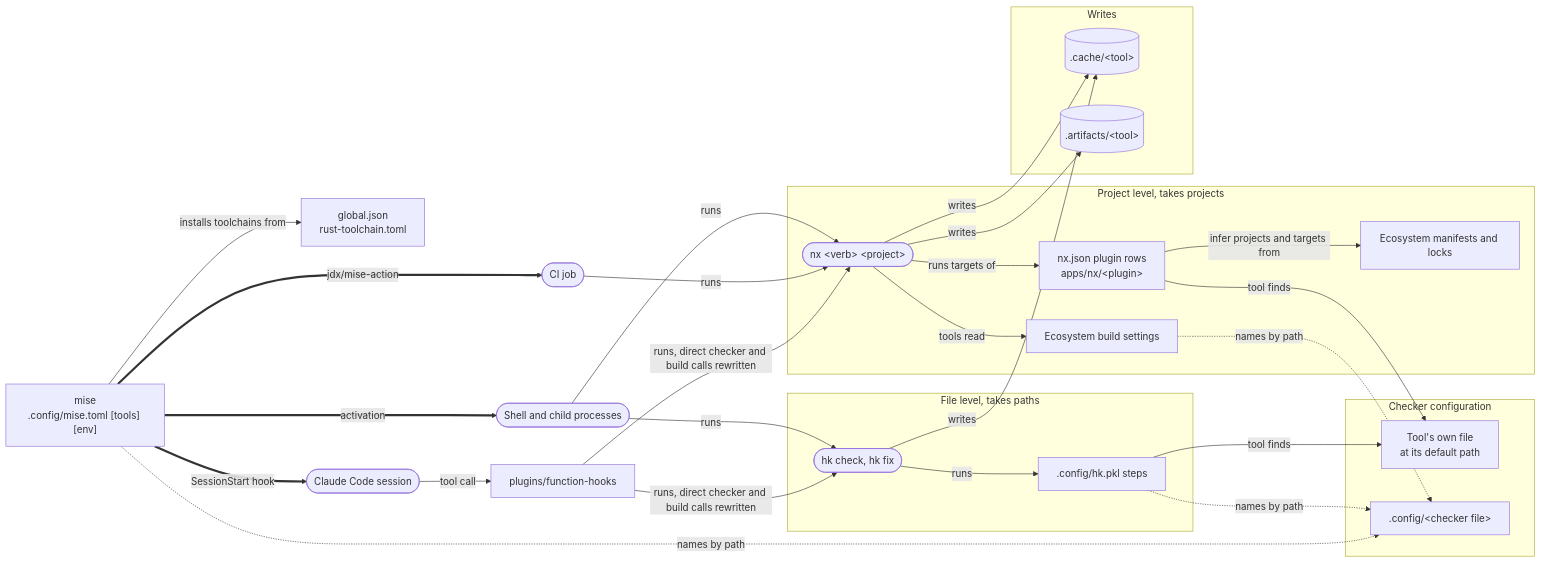
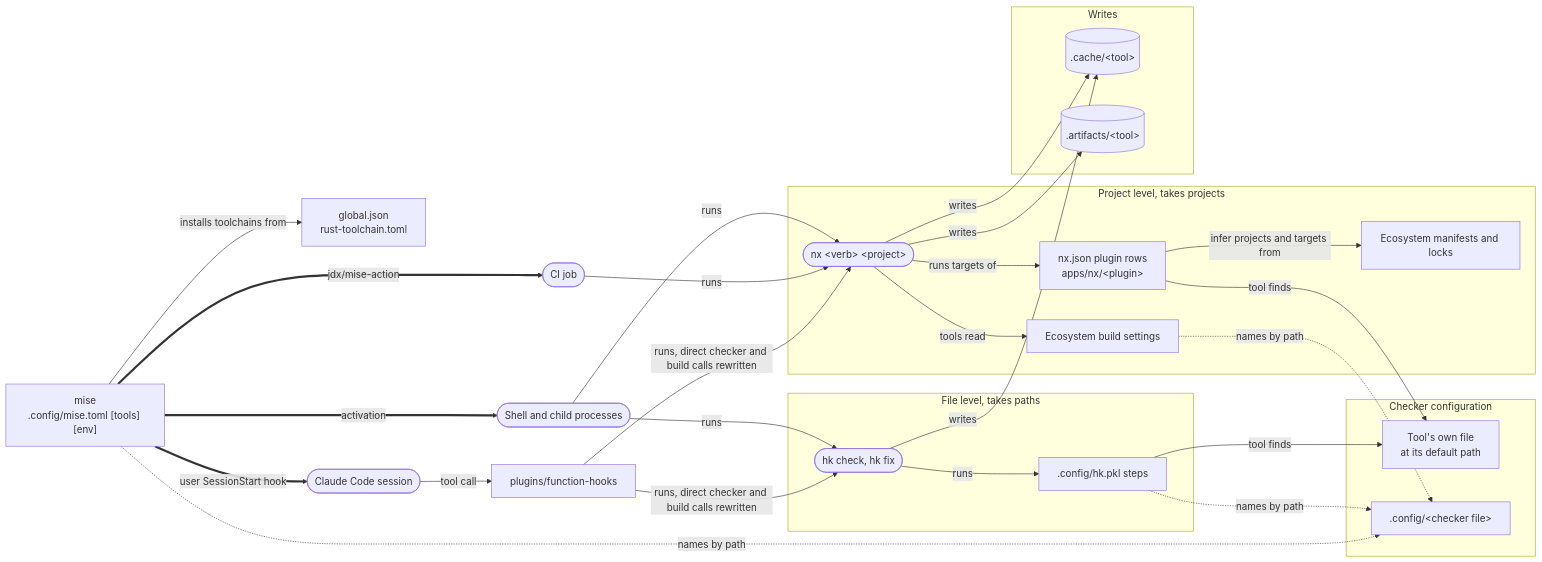
The diagram in README.md (bsamiee/Rasm), drawn with Mermaid before and after one commit. The commit also changed other lines of this file and 133 other files, not shown here.

````diff
--- a/README.md
+++ b/README.md
@@ -67,48 +65,48 @@
 ```mermaid
 flowchart LR
     versions["global.json<br/>rust-toolchain.toml"]
     mise["mise<br/>.config/mise.toml [tools] [env]"]
     shell(["Shell and child processes"])
     claude(["Claude Code session"])
     ci(["CI job"])
     hooks["plugins/function-hooks"]
 
     subgraph file["File level, takes paths"]
         hk(["hk check, hk fix"])
         steps[".config/hk.pkl steps"]
     end
 
     subgraph project["Project level, takes projects"]
         nx(["nx #lt;verb#gt; #lt;project#gt;"])
         plugins["nx.json plugin rows<br/>apps/nx/#lt;plugin#gt;"]
         manifests["Ecosystem manifests and locks"]
         build["Ecosystem build settings"]
     end
 
     subgraph config["Checker configuration"]
         found["Tool's own file<br/>at its default path"]
         named[".config/#lt;checker file#gt;"]
     end
 
     subgraph writes["Writes"]
         cache[(".cache/#lt;tool#gt;")]
         artifacts[(".artifacts/#lt;tool#gt;")]
     end
 
     mise -->|installs toolchains from| versions
     mise ==>|activation| shell
-    mise ==>|SessionStart hook| claude
+    mise ==>|user SessionStart hook| claude
     mise ==>|jdx/mise-action| ci
     shell -->|runs| hk & nx
     ci -->|runs| nx
     claude -->|tool call| hooks
     hooks -->|runs, direct checker and build calls rewritten| hk & nx
     hk -->|runs| steps
     nx -->|runs targets of| plugins
     plugins -->|infer projects and targets from| manifests
     nx -->|tools read| build
     steps & plugins -->|tool finds| found
     steps & build & mise -.->|names by path| named
     hk -->|writes| cache
     nx -->|writes| cache & artifacts
 ```
````
